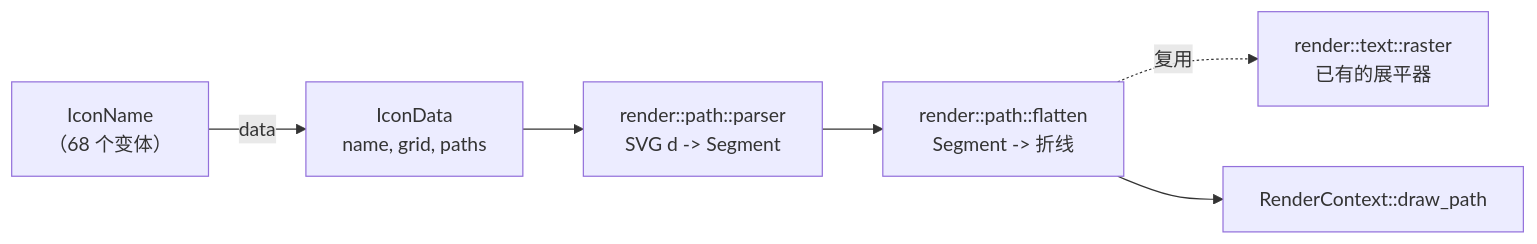
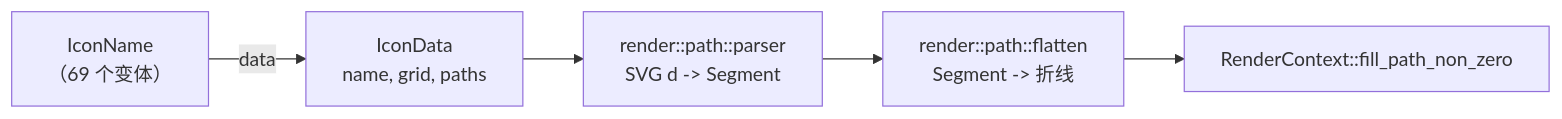
The sixth of 6 diagrams in cookbook/zh-CN/src/chapters/architecture.md (mikewolfli/rust-widgets), drawn with Mermaid before and after one commit. The commit also changed other lines of this file and 33 other files, not shown here.

````diff
--- a/cookbook/zh-CN/src/chapters/architecture.md
+++ b/cookbook/zh-CN/src/chapters/architecture.md
@@ -886,15 +886,13 @@
 ```mermaid
 graph LR
-    ENUM["IconName<br/>（68 个变体）"]
+    ENUM["IconName<br/>（69 个变体）"]
     DATA["IconData<br/>name, grid, paths"]
     PARSE["render::path::parser<br/>SVG d -> Segment"]
     FLAT["render::path::flatten<br/>Segment -> 折线"]
-    RAST["render::text::raster<br/>已有的展平器"]
-    FILL["RenderContext::draw_path"]
+    FILL["RenderContext::fill_path_non_zero"]
 
     ENUM -->|data| DATA
     DATA --> PARSE
     PARSE --> FLAT
-    FLAT -.->|复用| RAST
     FLAT --> FILL
 ```
````
